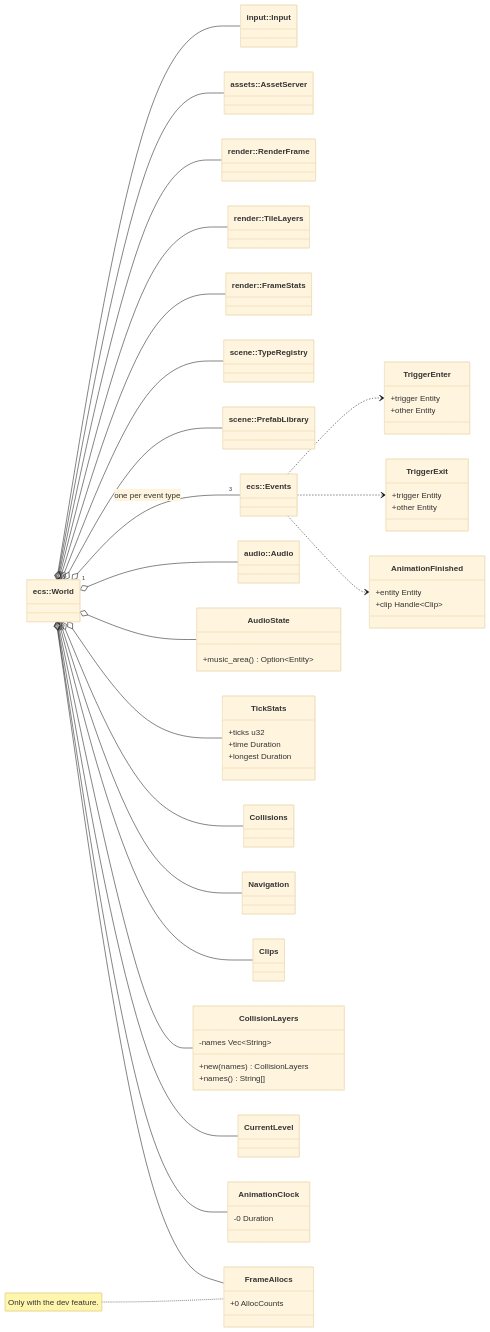
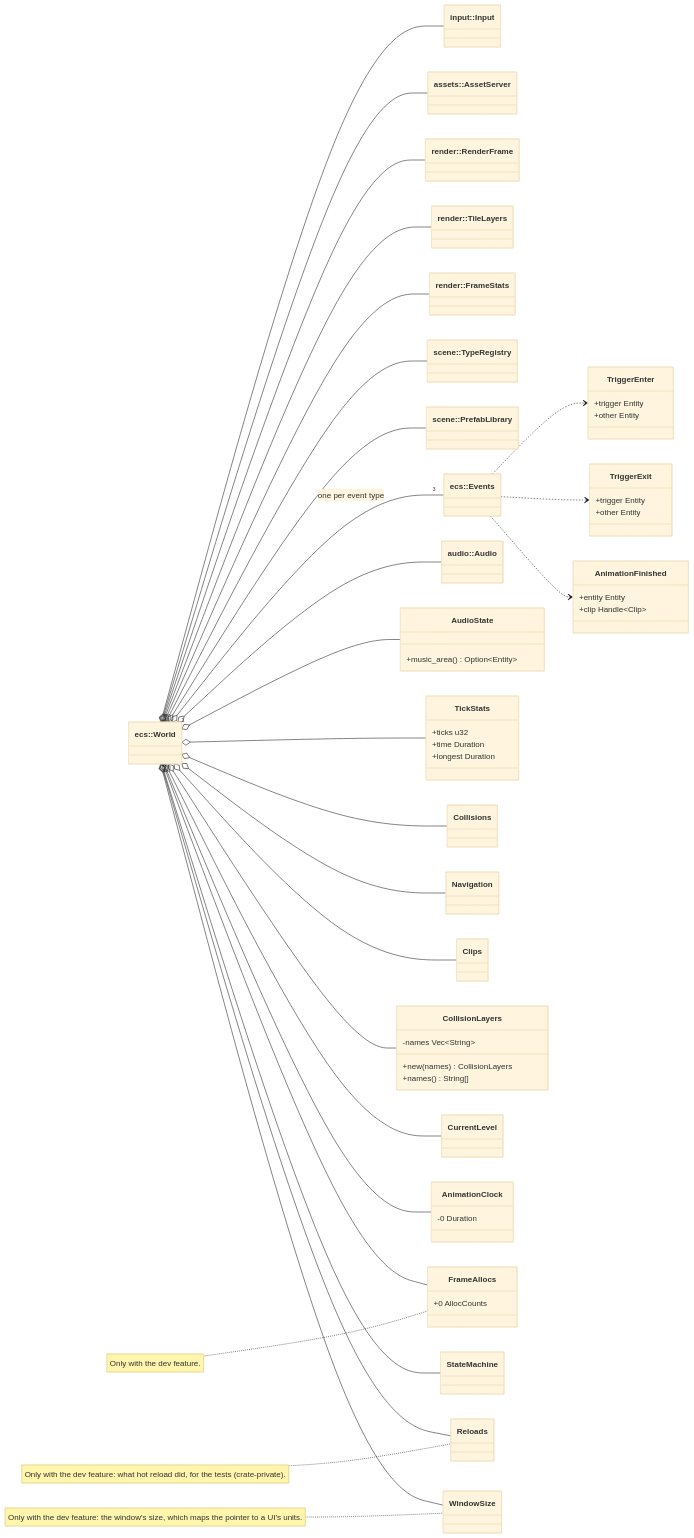
Diagram 32 of 37 in diagrams/class-diagram.md (jabbott-iii/Nadir), drawn with Mermaid (base theme) before and after one commit. The commit also changed other lines of this file and 38 other files, not shown here.

````diff
--- a/diagrams/class-diagram.md
+++ b/diagrams/class-diagram.md
@@ -2517,71 +2542,76 @@
 ```mermaid
 classDiagram
     direction LR
     class World["ecs::World"]
     class Input["input::Input"]
     class AssetServer["assets::AssetServer"]
     class RenderFrame["render::RenderFrame"]
     class TileLayers["render::TileLayers"]
     class FrameStats["render::FrameStats"]
     class TypeRegistry["scene::TypeRegistry"]
     class PrefabLibrary["scene::PrefabLibrary"]
     class Events["ecs::Events"]
     class Audio["audio::Audio"]
     class AudioState {
         +music_area() Option~Entity~
     }
     class TickStats {
         +ticks u32
         +time Duration
         +longest Duration
     }
     class Collisions
     class Navigation
     class Clips
     class CollisionLayers {
         -names Vec~String~
         +new(names) CollisionLayers
         +names() String[]
     }
     class CurrentLevel
     class AnimationClock {
         -0 Duration
     }
     class FrameAllocs {
         +0 AllocCounts
     }
     class TriggerEnter {
         +trigger Entity
         +other Entity
     }
     class TriggerExit {
         +trigger Entity
         +other Entity
     }
     class AnimationFinished {
         +entity Entity
         +clip Handle~Clip~
     }
     World o-- Input
     World o-- AssetServer
     World o-- RenderFrame
     World o-- TileLayers
     World o-- FrameStats
     World o-- TickStats
     World o-- Collisions
     World o-- Navigation
     World o-- Clips
     World o-- CollisionLayers
     World o-- PrefabLibrary
     World o-- CurrentLevel
+    World o-- StateMachine
     World o-- AnimationClock
     World o-- FrameAllocs
+    World o-- Reloads
+    World o-- WindowSize
     World o-- TypeRegistry
     World o-- Audio
     World o-- AudioState
     World "1" o-- "3" Events : one per event type
     Events ..> TriggerEnter
     Events ..> TriggerExit
     Events ..> AnimationFinished
     note for FrameAllocs "Only with the dev feature."
+    note for Reloads "Only with the dev feature: what hot reload did, for the tests (crate-private)."
+    note for WindowSize "Only with the dev feature: the window's size, which maps the pointer to a UI's units."
 ```
````
